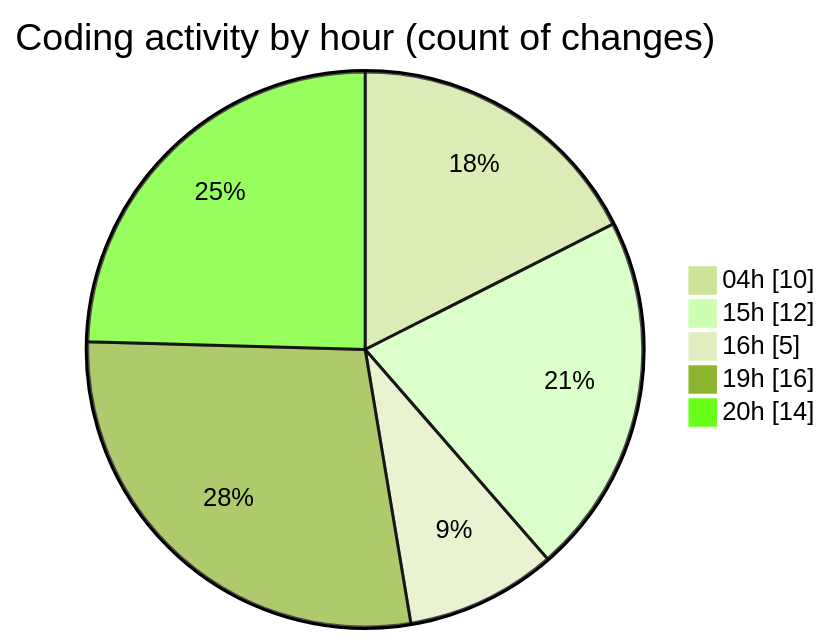
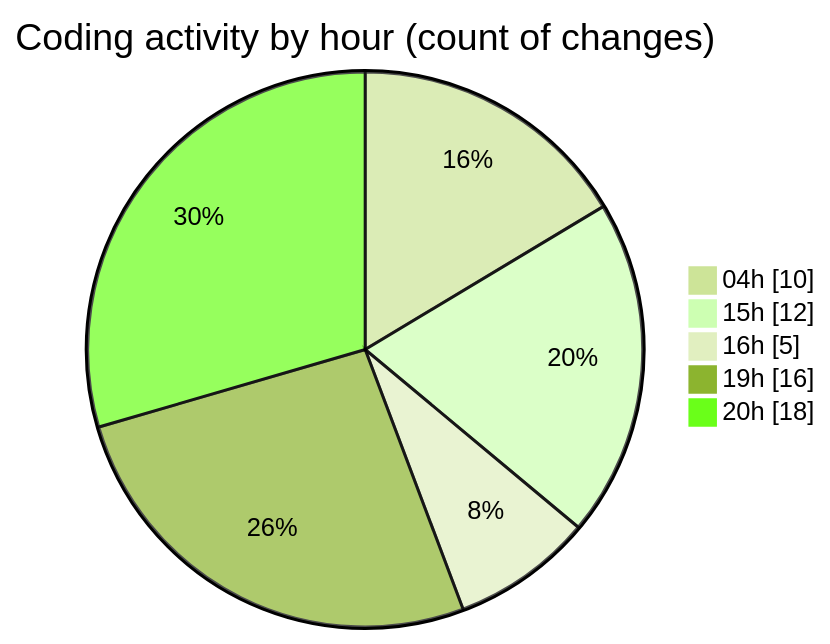
One commit to charlie-sans/code-tracking changed the second of 2 diagrams in 2025-03-17/sharpmasm/README.md. Above: the diagram before and after it, drawn with Mermaid (forest theme). The commit also changed other lines of this file and 1 other file, not shown here.

````diff
--- a/2025-03-17/sharpmasm/README.md
+++ b/2025-03-17/sharpmasm/README.md
@@ -36,9 +37,9 @@
 ```mermaid
 pie showData
 title Coding activity by hour (count of changes)
 "04h" : 10
 "15h" : 12
 "16h" : 5
 "19h" : 16
-"20h" : 14
+"20h" : 18
 ```
````
